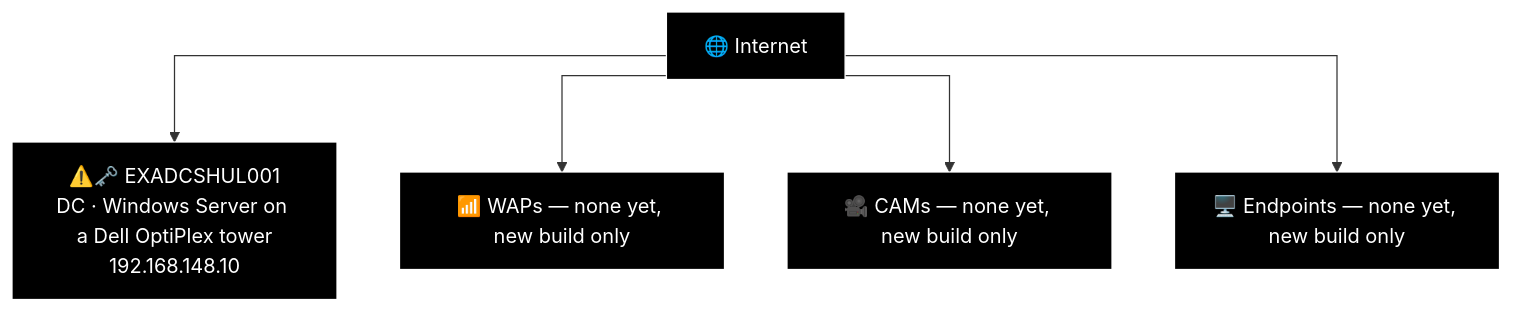
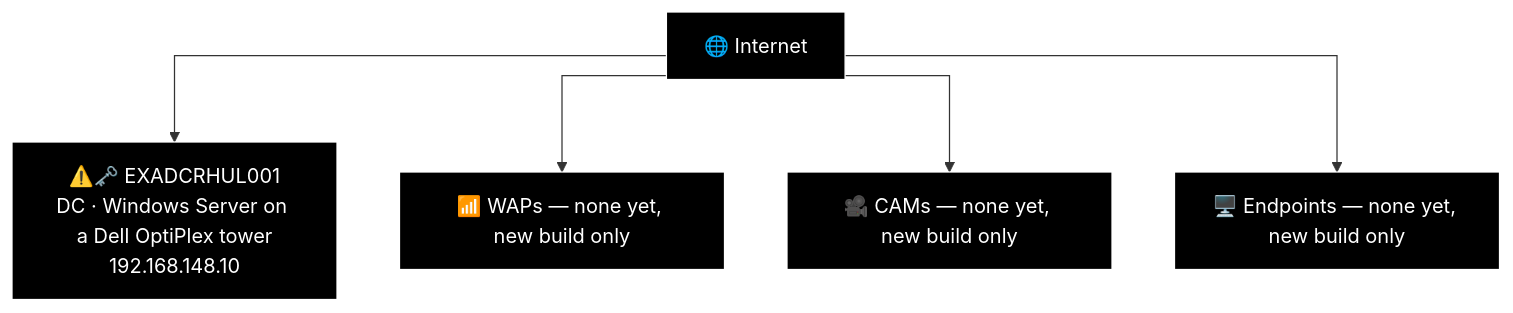
Diagram 22 of 27 in docs/network-diagram/england.md (knightmare2600/example_music_infra), drawn with Mermaid before and after one commit. The commit also changed other lines of this file and 8 other files, not shown here.

````diff
--- a/docs/network-diagram/england.md
+++ b/docs/network-diagram/england.md
@@ -1051,20 +1036,20 @@
 ```mermaid
 %%{init: {'flowchart': {'curve': 'stepAfter'}}}%%
 graph TD
     O_INET["🌐 Internet"]
-    O_DC["⚠️🗝️ EXADCSHUL001<br/>DC · Windows Server on a Dell OptiPlex tower<br/>192.168.148.10"]
+    O_DC["⚠️🗝️ EXADCRHUL001<br/>DC · Windows Server on a Dell OptiPlex tower<br/>192.168.148.10"]
     O_INET --> O_DC
 
     O_WAP["📶 WAPs — none yet, new build only"]
     O_CAM["🎥 CAMs — none yet, new build only"]
     O_EP["🖥️ Endpoints — none yet, new build only"]
     O_INET --> O_WAP
     O_INET --> O_CAM
     O_INET --> O_EP
 
     style O_INET fill:#000000,stroke:#FFFFFF,color:#FFFFFF
     style O_DC fill:#000000,stroke:#FFFFFF,color:#FFFFFF
     style O_WAP fill:#000000,stroke:#FFFFFF,color:#FFFFFF
     style O_CAM fill:#000000,stroke:#FFFFFF,color:#FFFFFF
     style O_EP fill:#000000,stroke:#FFFFFF,color:#FFFFFF
 ```
````
